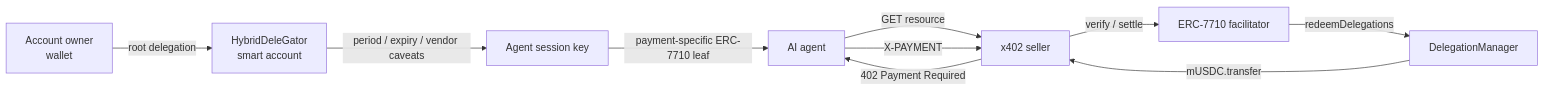
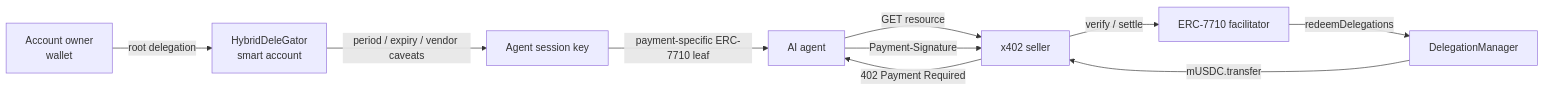
Before and after one commit to kooroot/Mapae: the diagram in README.ko.md, drawn with Mermaid. The commit also changed other lines of this file and 11 other files, not shown here.

First line of the commit message:
feat(x402): v2 전송 헤더를 채택한다 — Payment-Required/Signature/Response

````diff
--- a/README.ko.md
+++ b/README.ko.md
@@ -47,12 +47,12 @@
 ```mermaid
 flowchart LR
     Owner["Account owner<br/>wallet"] -->|"root delegation"| Account["HybridDeleGator<br/>smart account"]
     Account -->|"period / expiry / vendor caveats"| Session["Agent session key"]
     Session -->|"payment-specific ERC-7710 leaf"| Agent["AI agent"]
     Agent -->|"GET resource"| Seller["x402 seller"]
     Seller -->|"402 Payment Required"| Agent
-    Agent -->|"X-PAYMENT"| Seller
+    Agent -->|"Payment-Signature"| Seller
     Seller -->|"verify / settle"| Facilitator["ERC-7710 facilitator"]
     Facilitator -->|"redeemDelegations"| Manager["DelegationManager"]
     Manager -->|"mUSDC.transfer"| Seller
 ```
````
